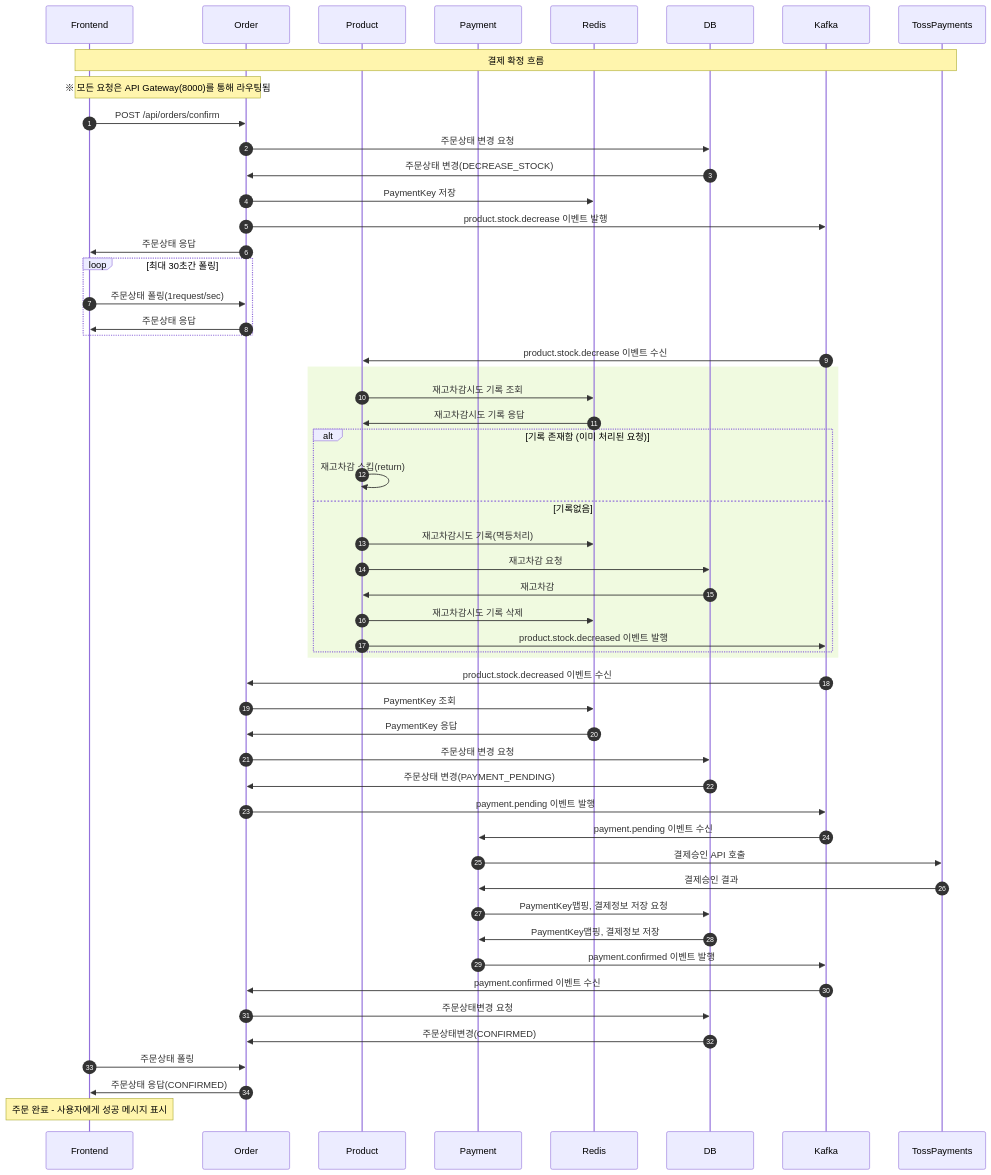
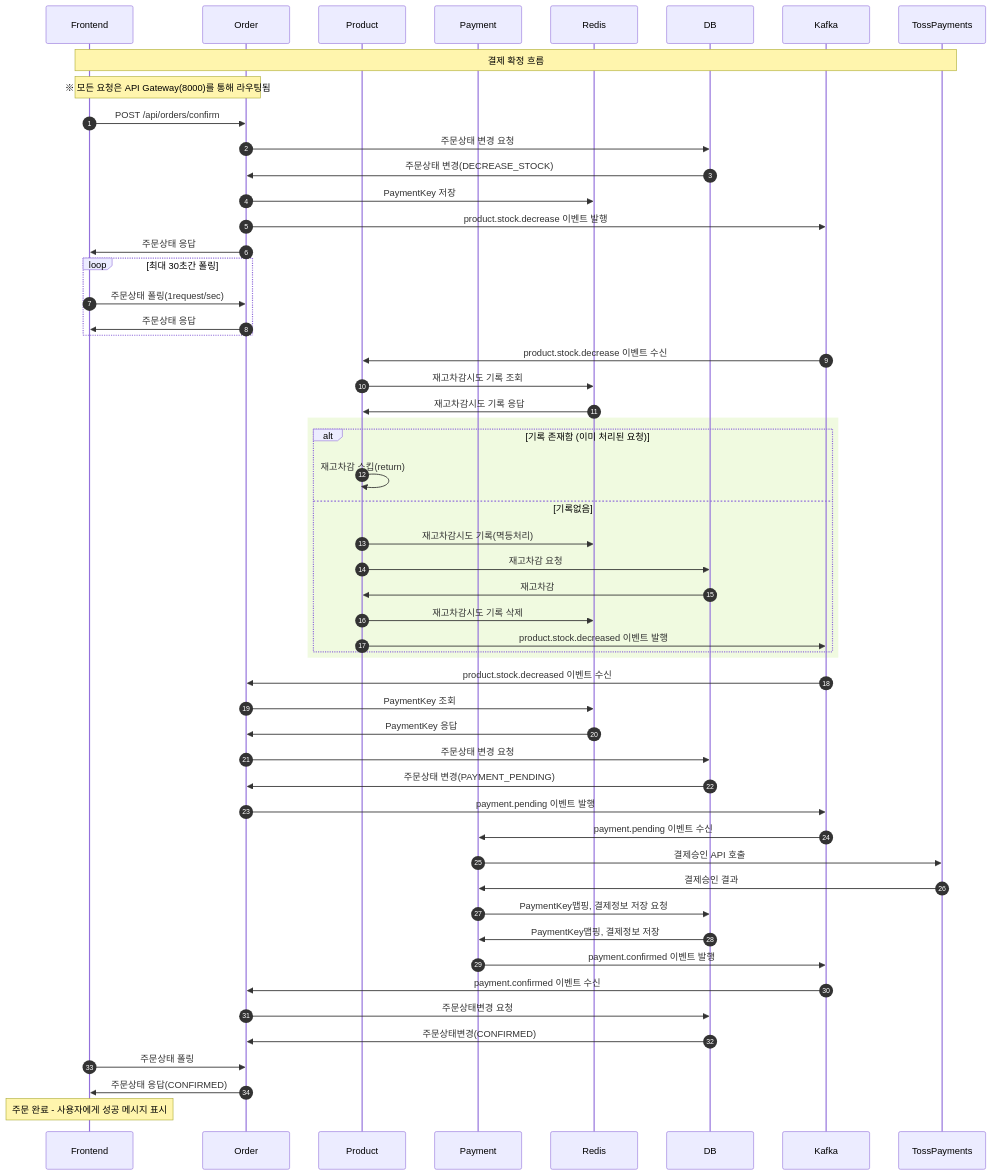
Before and after one commit to hana0627/i-love-pet: the third of 5 diagrams in readMe.md, drawn with Mermaid. The commit also changed other lines of this file, not shown here.

````diff
--- a/readMe.md
+++ b/readMe.md
@@ -300,68 +300,68 @@
 ```mermaid
 sequenceDiagram autonumber
     participant Frontend
     participant Order
     participant Product
     participant Payment
     participant Redis
     participant DB
     participant Kafka
     participant TossPayments
     
     Note over Frontend,TossPayments: 결제 확정 흐름
     Note over Frontend,Order: ※ 모든 요청은 API Gateway(8000)를 통해 라우팅됨
 
     Frontend->>Order: POST /api/orders/confirm
     Order->>DB: 주문상태 변경 요청
     DB->>Order: 주문상태 변경(DECREASE_STOCK)
     Order->>Redis: PaymentKey 저장
     Order->>Kafka: product.stock.decrease 이벤트 발행
     Order->>Frontend: 주문상태 응답
 
 
     loop 최대 30초간 폴링
         Frontend->>Order: 주문상태 폴링(1request/sec)
         Order->>Frontend: 주문상태 응답
     end
 
 
     Kafka->>Product: product.stock.decrease 이벤트 수신
     
+    Product->>Redis: 재고차감시도 기록 조회
+    Redis->>Product: 재고차감시도 기록 응답
     rect rgba(205, 237, 151, 0.3)
-        Product->>Redis: 재고차감시도 기록 조회
-        Redis->>Product: 재고차감시도 기록 응답
         alt 기록 존재함 (이미 처리된 요청)
             Product->>Product: 재고차감 스킵(return)
         else 기록없음
           Product->>Redis: 재고차감시도 기록(멱등처리)
           Product->>DB: 재고차감 요청
           DB->>Product: 재고차감
           Product->>Redis: 재고차감시도 기록 삭제
           Product->>Kafka: product.stock.decreased 이벤트 발행
         end
     end
 
     Kafka->>Order: product.stock.decreased 이벤트 수신
     Order->>Redis: PaymentKey 조회
     Redis->>Order: PaymentKey 응답
     Order->>DB: 주문상태 변경 요청
     DB->>Order: 주문상태 변경(PAYMENT_PENDING)
     Order->>Kafka: payment.pending 이벤트 발행
 
     Kafka->>Payment: payment.pending 이벤트 수신
     Payment->>TossPayments: 결제승인 API 호출
     TossPayments->>Payment: 결제승인 결과
     Payment->>DB: PaymentKey맵핑, 결제정보 저장 요청
     DB->>Payment: PaymentKey맵핑, 결제정보 저장
     Payment->>Kafka: payment.confirmed 이벤트 발행
 
     Kafka->>Order: payment.confirmed 이벤트 수신
     Order->>DB: 주문상태변경 요청
     DB->>Order: 주문상태변경(CONFIRMED)
 
     Frontend->>Order: 주문상태 폴링
     Order->>Frontend: 주문상태 응답(CONFIRMED)
     
     Note over Frontend: 주문 완료 - 사용자에게 성공 메시지 표시
 
 ```
````
